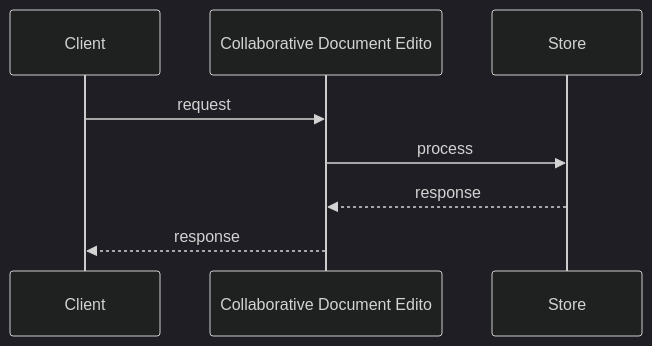
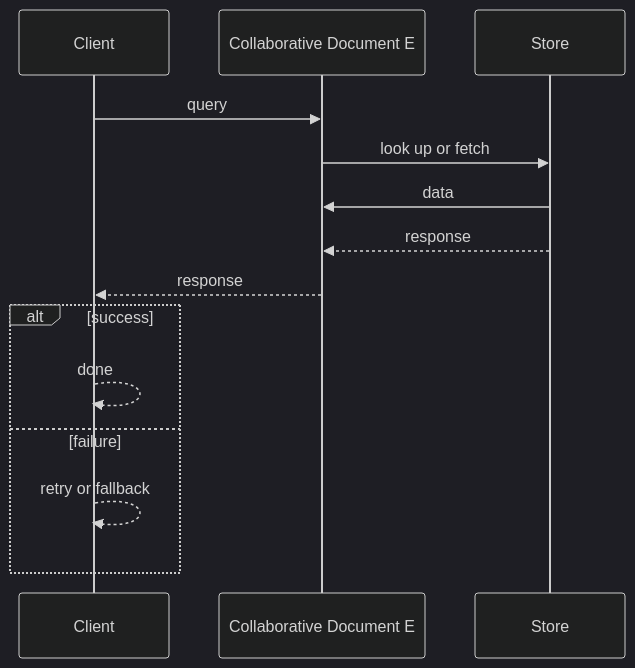
One commit to RIT-MESH/system-design-mastery changed the second of 3 diagrams in case-studies/advanced/collaborative-document-editor.md. Above: the diagram before and after it, drawn with Mermaid (dark theme). The commit also changed other lines of this file and 215 other files, not shown here.

First line of the commit message:
Complete all remaining work: expand case studies, add 13 AI case studies, fix diagrams, status to Complete

````diff
--- a/case-studies/advanced/collaborative-document-editor.md
+++ b/case-studies/advanced/collaborative-document-editor.md
@@ -125,11 +152,17 @@
 ```mermaid
 %% created-for: system-design-mastery
 sequenceDiagram
   participant P0 as Client
-  participant P1 as Collaborative Document Edito
+  participant P1 as Collaborative Document E
   participant P2 as Store
-  P0 ->> P1: request
-  P1 ->> P2: process
+  P0 ->> P1: query
+  P1 ->> P2: look up or fetch
+  P2 ->> P1: data
   P2 -->> P1: response
   P1 -->> P0: response
+  alt success
+    P0 -->> P0: done
+  else failure
+    P0 -->> P0: retry or fallback
+  end
 ```
````
